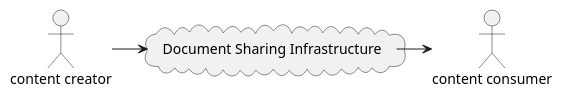
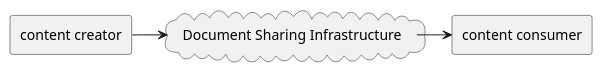
The diagram in input/images-source/umlFigure1.plantuml (IHE/ITI.MHD), drawn with PlantUML before and after one commit. The commit also changed 1 other file, not shown here.

Commit message:
change first figure to boxes, clarify designationType. cloose #68

```diff
--- a/input/images-source/umlFigure1.plantuml
+++ b/input/images-source/umlFigure1.plantuml
@@ -1,7 +1,7 @@
 @startuml
-actor "content creator" as creator
+agent "content creator" as creator
 cloud "Document Sharing Infrastructure" as sharing
-actor "content consumer" as consumer
+agent "content consumer" as consumer
 creator -> sharing
 sharing -> consumer
 @enduml
```
